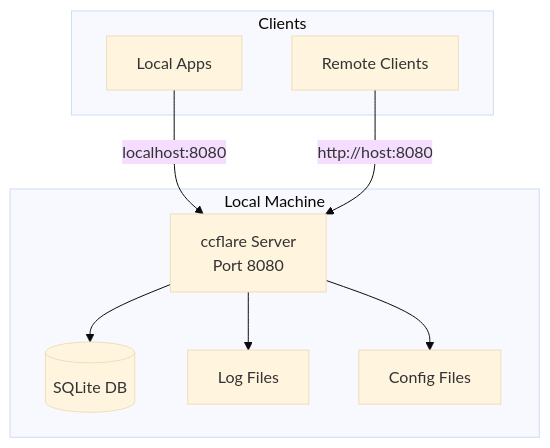
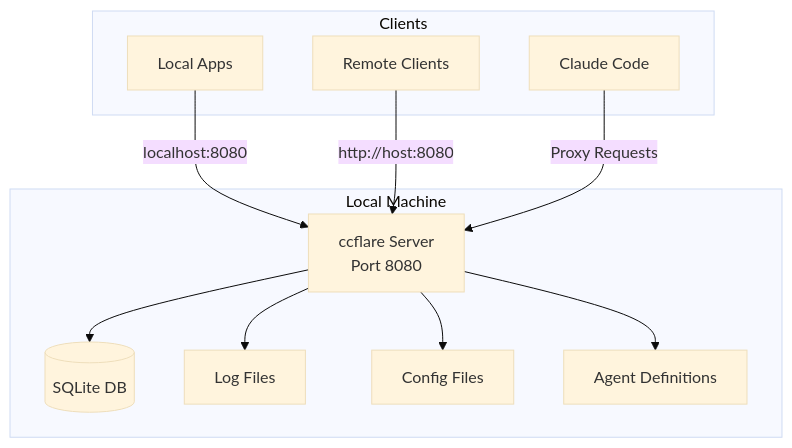
Before and after one commit to tombii/better-ccflare: diagram 24 of 25 in docs/architecture.md, drawn with Mermaid (base theme). The commit also changed other lines of this file and 14 other files, not shown here.

First line of the commit message:
docs(docs): overhaul architecture and CLI documentation

````diff
--- a/docs/architecture.md
+++ b/docs/architecture.md
@@ -922,20 +1350,24 @@
 ```mermaid
 graph TB
     subgraph "Local Machine"
         SERVER[ccflare Server<br/>Port 8080]
         DB[(SQLite DB)]
         LOGS[Log Files]
         CONFIG[Config Files]
+        AGENTS[Agent Definitions]
     end
     
     subgraph "Clients"
         LOCAL[Local Apps]
         REMOTE[Remote Clients]
+        CLAUDE_CODE[Claude Code]
     end
     
     LOCAL -->|localhost:8080| SERVER
     REMOTE -->|http://host:8080| SERVER
+    CLAUDE_CODE -->|Proxy Requests| SERVER
     SERVER --> DB
     SERVER --> LOGS
     SERVER --> CONFIG
+    SERVER --> AGENTS
 ```
````
